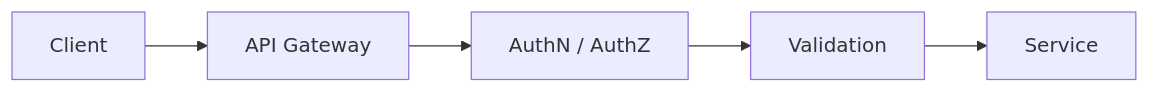
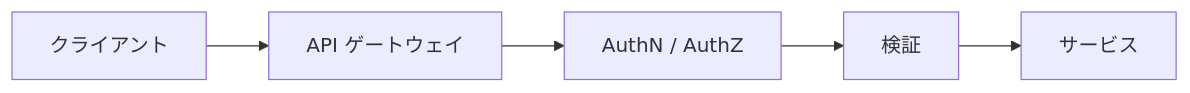
Before and after one commit to ShigeichiroYamasaki/creator-first-platform: the tenth of 48 diagrams in docs/whitepaper/10-security.md, drawn with Mermaid. The commit also changed other lines of this file and 72 other files, not shown here.

````diff
--- a/docs/whitepaper/10-security.md
+++ b/docs/whitepaper/10-security.md
@@ -343,10 +343,10 @@
 ```mermaid
 flowchart LR
-    CLIENT[Client]
-    GATE[API Gateway]
+    CLIENT[クライアント]
+    GATE[API ゲートウェイ]
     AUTH[AuthN / AuthZ]
-    VALID[Validation]
-    SERVICE[Service]
+    VALID[検証]
+    SERVICE[サービス]
 
     CLIENT --> GATE --> AUTH --> VALID --> SERVICE
 ```
````
